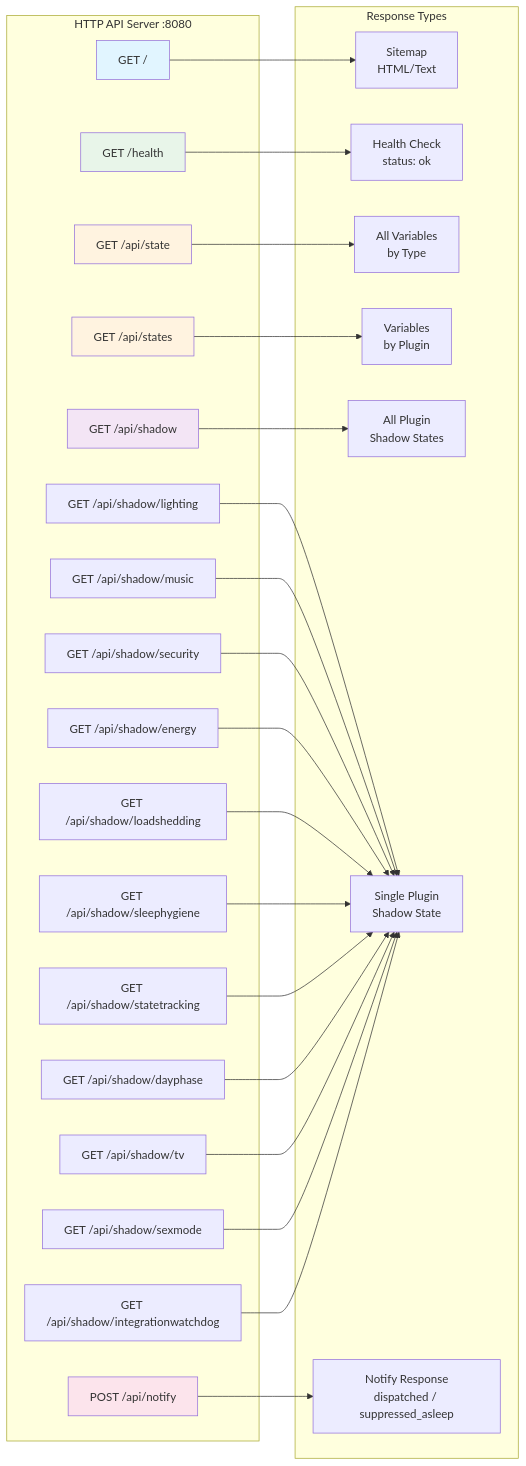
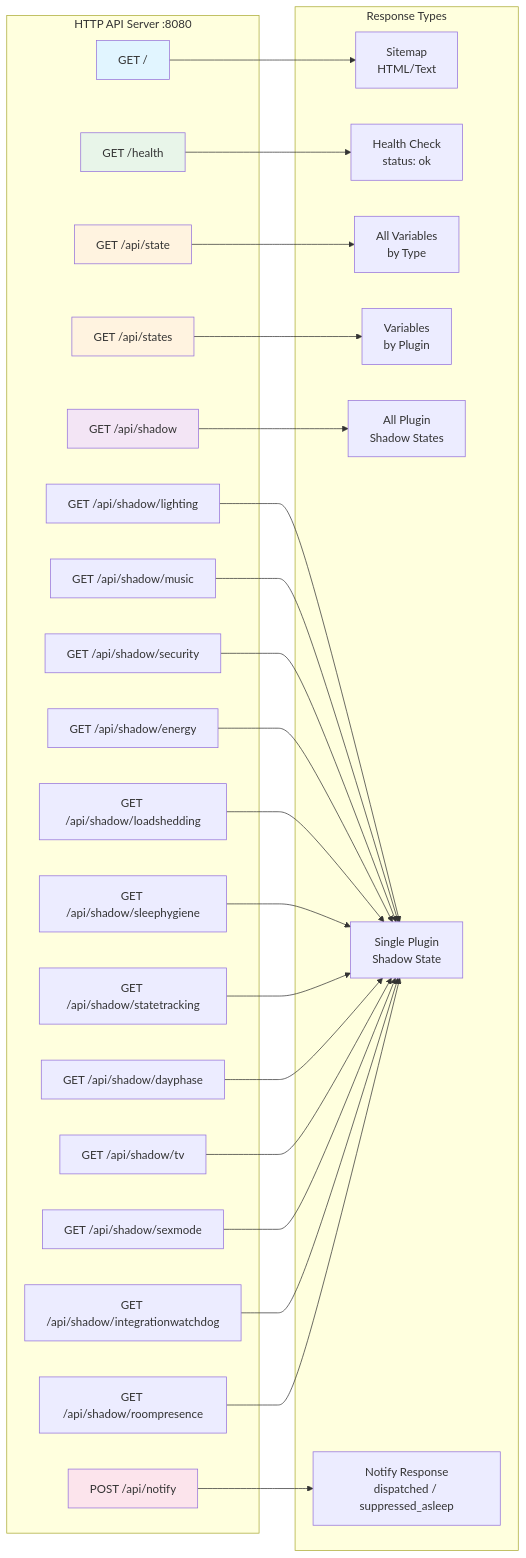
The eighth of 14 diagrams in docs/human/VISUAL_ARCHITECTURE.md (NickBorgers/home-automation), drawn with Mermaid before and after one commit. The commit also changed 1 other file, not shown here.

Commit message:
docs: add roompresence shadow route to API diagram and ROOM_PRESENCE.md
Fixes the stale HTTP API diagram in VISUAL_ARCHITECTURE.md by adding
GET /api/shadow/roompresence alongside the other per-plugin shadow routes.
Also adds a curl one-liner to ROOM_PRESENCE.md so the shadow state query
path is discoverable from the architecture doc.

````diff
--- a/docs/human/VISUAL_ARCHITECTURE.md
+++ b/docs/human/VISUAL_ARCHITECTURE.md
@@ -544,57 +544,59 @@
 ```mermaid
 graph LR
     subgraph "HTTP API Server :8080"
         Root["GET /"]
         Health["GET /health"]
         State["GET /api/state"]
         States["GET /api/states"]
         Shadow["GET /api/shadow"]
         ShadowLighting["GET /api/shadow/lighting"]
         ShadowMusic["GET /api/shadow/music"]
         ShadowSecurity["GET /api/shadow/security"]
         ShadowEnergy["GET /api/shadow/energy"]
         ShadowLoadShed["GET /api/shadow/loadshedding"]
         ShadowSleep["GET /api/shadow/sleephygiene"]
         ShadowState["GET /api/shadow/statetracking"]
         ShadowDayPhase["GET /api/shadow/dayphase"]
         ShadowTV["GET /api/shadow/tv"]
         ShadowSexMode["GET /api/shadow/sexmode"]
         ShadowWatchdog["GET /api/shadow/integrationwatchdog"]
+        ShadowRoomPresence["GET /api/shadow/roompresence"]
         Notify["POST /api/notify"]
     end
 
     subgraph "Response Types"
         Sitemap[Sitemap<br/>HTML/Text]
         HealthCheck["Health Check<br/>status: ok"]
         AllState[All Variables<br/>by Type]
         ByPlugin[Variables<br/>by Plugin]
         AllShadow[All Plugin<br/>Shadow States]
         PluginShadow[Single Plugin<br/>Shadow State]
         NotifyResp["Notify Response<br/>dispatched / suppressed_asleep"]
     end
 
     Root --> Sitemap
     Health --> HealthCheck
     State --> AllState
     States --> ByPlugin
     Shadow --> AllShadow
     ShadowLighting --> PluginShadow
     ShadowMusic --> PluginShadow
     ShadowSecurity --> PluginShadow
     ShadowEnergy --> PluginShadow
     ShadowLoadShed --> PluginShadow
     ShadowSleep --> PluginShadow
     ShadowState --> PluginShadow
     ShadowDayPhase --> PluginShadow
     ShadowTV --> PluginShadow
     ShadowSexMode --> PluginShadow
     ShadowWatchdog --> PluginShadow
+    ShadowRoomPresence --> PluginShadow
     Notify --> NotifyResp
 
     style Root fill:#e1f5ff
     style Health fill:#e8f5e9
     style State fill:#fff3e0
     style States fill:#fff3e0
     style Shadow fill:#f3e5f5
     style Notify fill:#fce4ec
 ```
````
